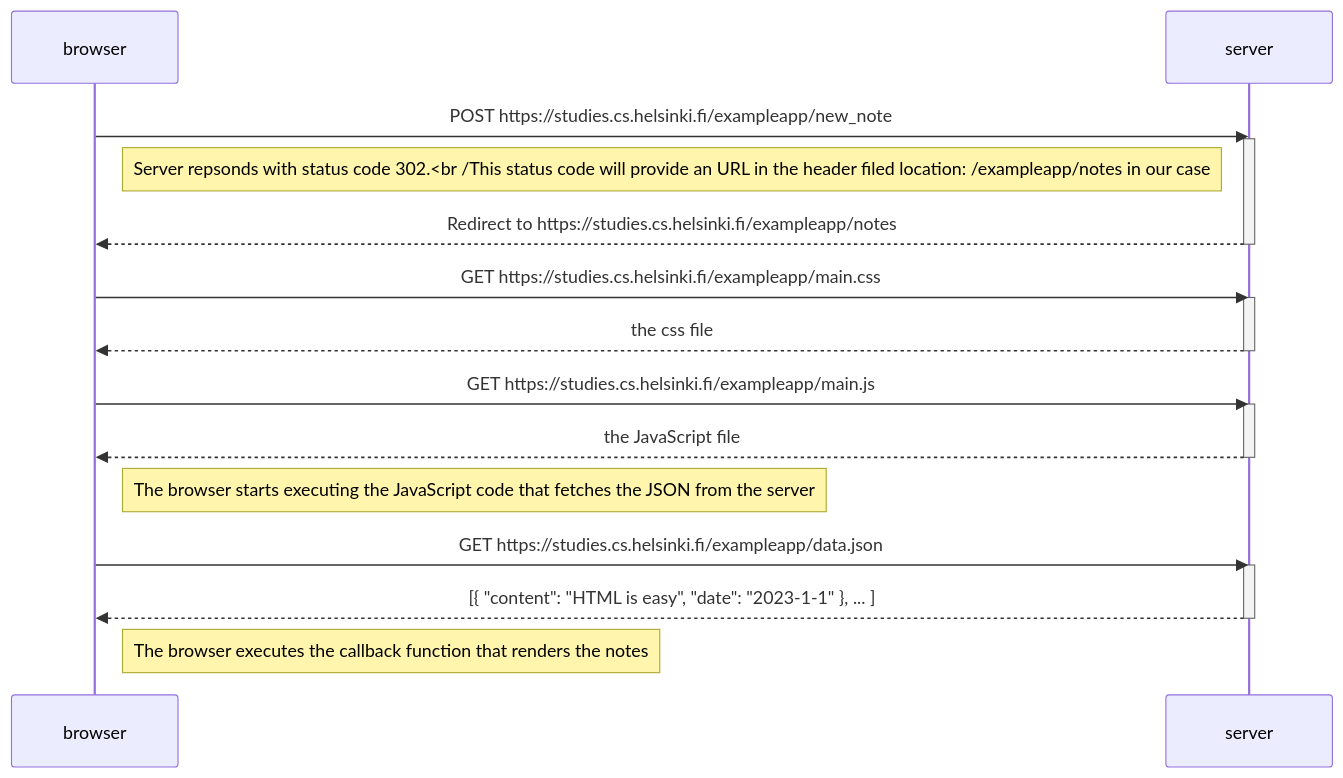
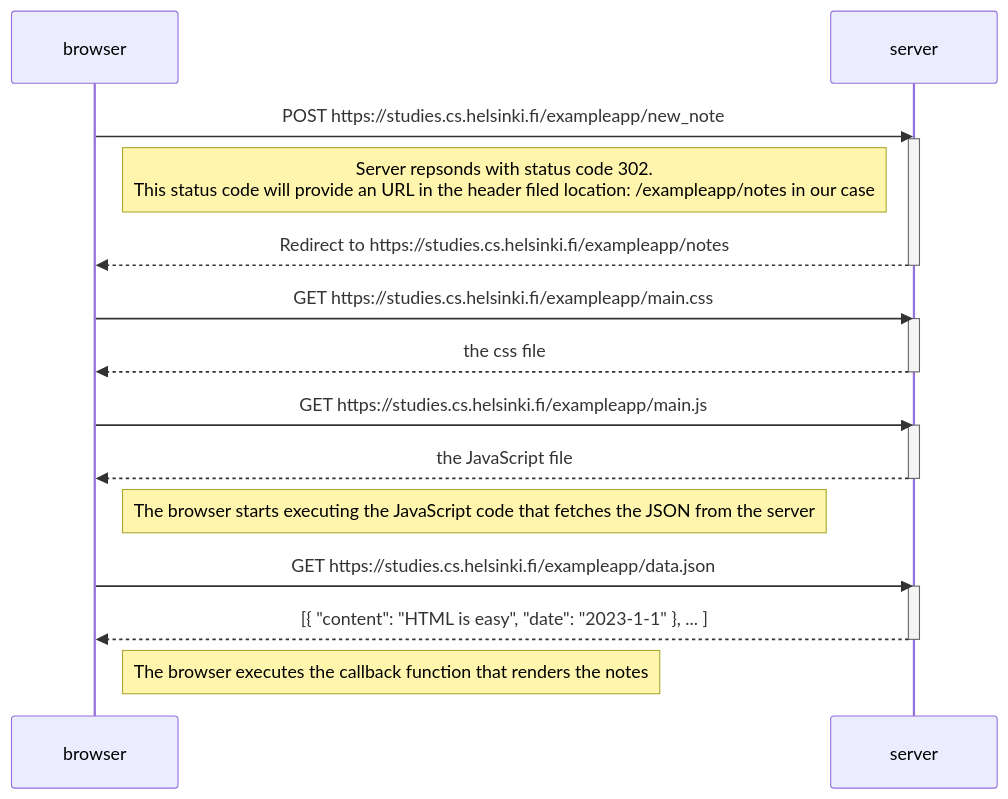
One commit to KaomN/full_stack_open changed the diagram in part0/04/new_note_diagram.md. Above: the diagram before and after it, drawn with Mermaid.

````diff
--- a/part0/04/new_note_diagram.md
+++ b/part0/04/new_note_diagram.md
@@ -1,30 +1,30 @@
 ```mermaid
 sequenceDiagram
 	participant browser
 	participant server
 	
 	browser->>server: POST https://studies.cs.helsinki.fi/exampleapp/new_note
 	activate server
-	Note left of server: Server repsonds with status code 302.<br /This status code will provide an URL in the header filed location: /exampleapp/notes in our case
+	Note left of server: Server repsonds with status code 302.<br />This status code will provide an URL in the header filed location: /exampleapp/notes in our case
 	server-->>browser: Redirect to https://studies.cs.helsinki.fi/exampleapp/notes
 	deactivate server
 	
 	browser->>server: GET https://studies.cs.helsinki.fi/exampleapp/main.css
 	activate server
 	server-->>browser: the css file
 	deactivate server
 	
 	browser->>server: GET https://studies.cs.helsinki.fi/exampleapp/main.js
 	activate server
 	server-->>browser: the JavaScript file
 	deactivate server
 	
 	Note right of browser: The browser starts executing the JavaScript code that fetches the JSON from the server
 	
 	browser->>server: GET https://studies.cs.helsinki.fi/exampleapp/data.json
 	activate server
 	server-->>browser: [{ "content": "HTML is easy", "date": "2023-1-1" }, ... ]
 	deactivate server    
 
 	Note right of browser: The browser executes the callback function that renders the notes 
 ```
````
